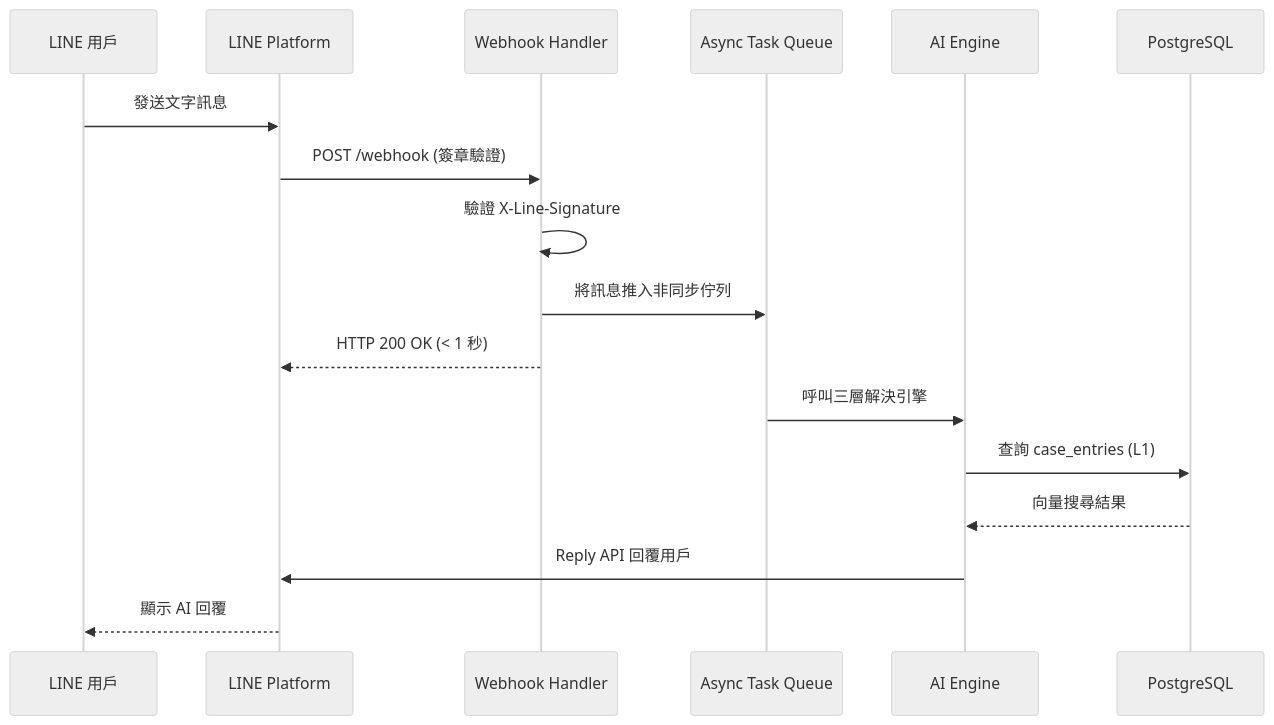
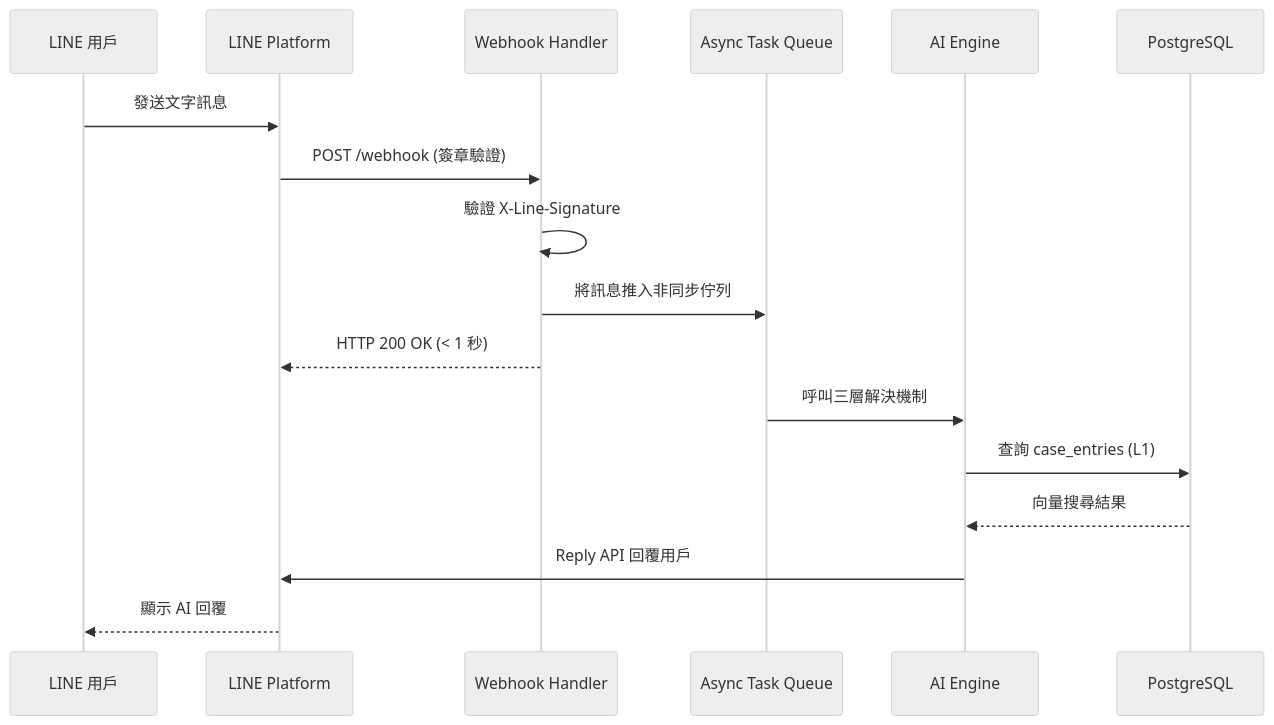
The second of 6 diagrams in docs/project-docs/15_documentation_and_maintenance_guide.md (sunnyDataScience/Smart-Lock_AI_Support_Service_Dispatch_SaaS_Platform), drawn with Mermaid (neutral theme) before and after one commit. The commit also changed other lines of this file and 20 other files, not shown here.

````diff
--- a/docs/project-docs/15_documentation_and_maintenance_guide.md
+++ b/docs/project-docs/15_documentation_and_maintenance_guide.md
@@ -470,20 +470,20 @@
 ```mermaid
 sequenceDiagram
     participant LU as LINE 用戶
     participant LP as LINE Platform
     participant WH as Webhook Handler
     participant Q as Async Task Queue
     participant AI as AI Engine
     participant DB as PostgreSQL
 
     LU->>LP: 發送文字訊息
     LP->>WH: POST /webhook (簽章驗證)
     WH->>WH: 驗證 X-Line-Signature
     WH->>Q: 將訊息推入非同步佇列
     WH-->>LP: HTTP 200 OK (< 1 秒)
-    Q->>AI: 呼叫三層解決引擎
+    Q->>AI: 呼叫三層解決機制
     AI->>DB: 查詢 case_entries (L1)
     DB-->>AI: 向量搜尋結果
     AI->>LP: Reply API 回覆用戶
     LP-->>LU: 顯示 AI 回覆
 ```
````
